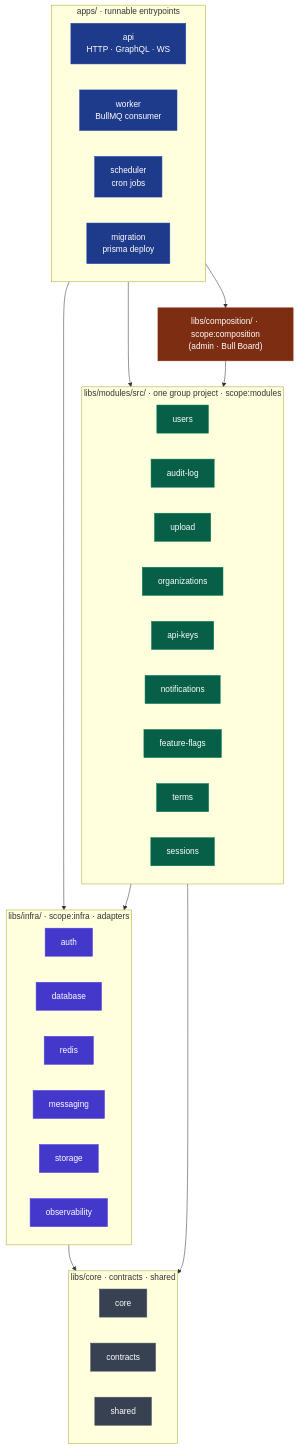
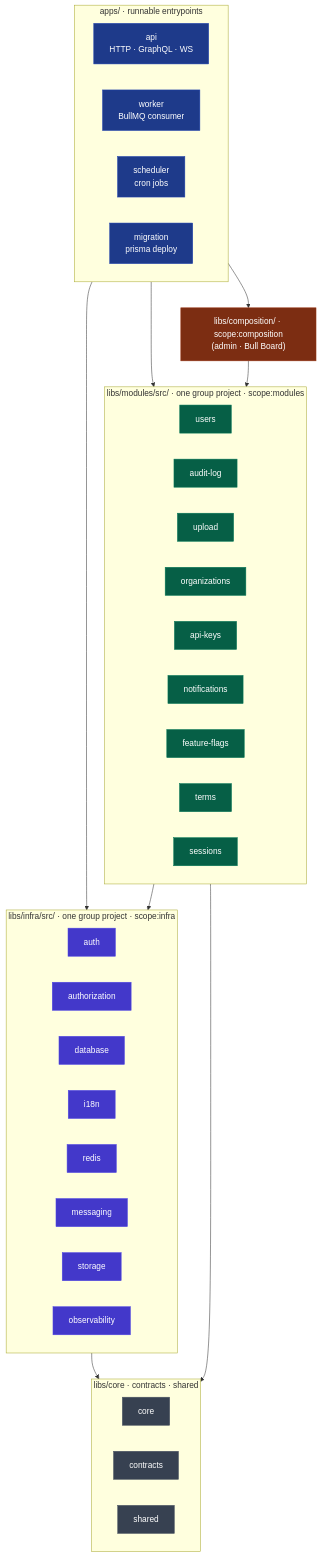
Before and after one commit to chuanghiduoc/nestjs-fastify-nx: the first of 6 diagrams in docs/architecture.md, drawn with Mermaid. The commit also changed other lines of this file and 371 other files, not shown here.

Commit message:
refactor(infra): collapse the infra libraries into one group project

````diff
--- a/docs/architecture.md
+++ b/docs/architecture.md
@@ -51,61 +53,63 @@
 ```mermaid
 flowchart TD
     subgraph apps["apps/ · runnable entrypoints"]
         direction LR
         api["api<br/>HTTP · GraphQL · WS"]
         worker["worker<br/>BullMQ consumer"]
         scheduler["scheduler<br/>cron jobs"]
         migration["migration<br/>prisma deploy"]
     end
 
     comp["libs/composition/ · scope:composition<br/>(admin · Bull Board)"]
 
     subgraph modules["libs/modules/src/ · one group project · scope:modules"]
         direction LR
         users["users"]
         audit["audit-log"]
         upload["upload"]
         orgs["organizations"]
         apikeys["api-keys"]
         notif["notifications"]
         flags["feature-flags"]
         terms["terms"]
         sess["sessions"]
     end
 
-    subgraph infra["libs/infra/ · scope:infra · adapters"]
+    subgraph infra["libs/infra/src/ · one group project · scope:infra"]
         direction LR
         infraAuth["auth"]
+        infraAuthorization["authorization"]
         database["database"]
+        i18n["i18n"]
         redis["redis"]
         messaging["messaging"]
         storage["storage"]
         observability["observability"]
     end
 
     subgraph foundation["libs/core · contracts · shared"]
         direction LR
         core["core"]
         contracts["contracts"]
         shared["shared"]
     end
 
     apps --> comp
     apps --> modules
     apps --> infra
     comp --> modules
     modules --> infra
     infra --> foundation
     modules --> foundation
 
     classDef appBox fill:#1e3a8a,stroke:#1e40af,color:#fff;
     classDef compBox fill:#7c2d12,stroke:#9a3412,color:#fff;
     classDef modBox fill:#065f46,stroke:#047857,color:#fff;
     classDef infraBox fill:#4338ca,stroke:#4f46e5,color:#fff;
     classDef baseBox fill:#374151,stroke:#4b5563,color:#fff;
     class api,worker,scheduler,migration appBox;
     class comp compBox;
     class users,audit,upload,orgs,apikeys,notif,flags,terms,sess modBox;
-    class infraAuth,database,redis,messaging,storage,observability infraBox;
+    class infraAuth,infraAuthorization,database,i18n,redis,messaging,storage,observability infraBox;
     class core,contracts,shared baseBox;
 ```
````
